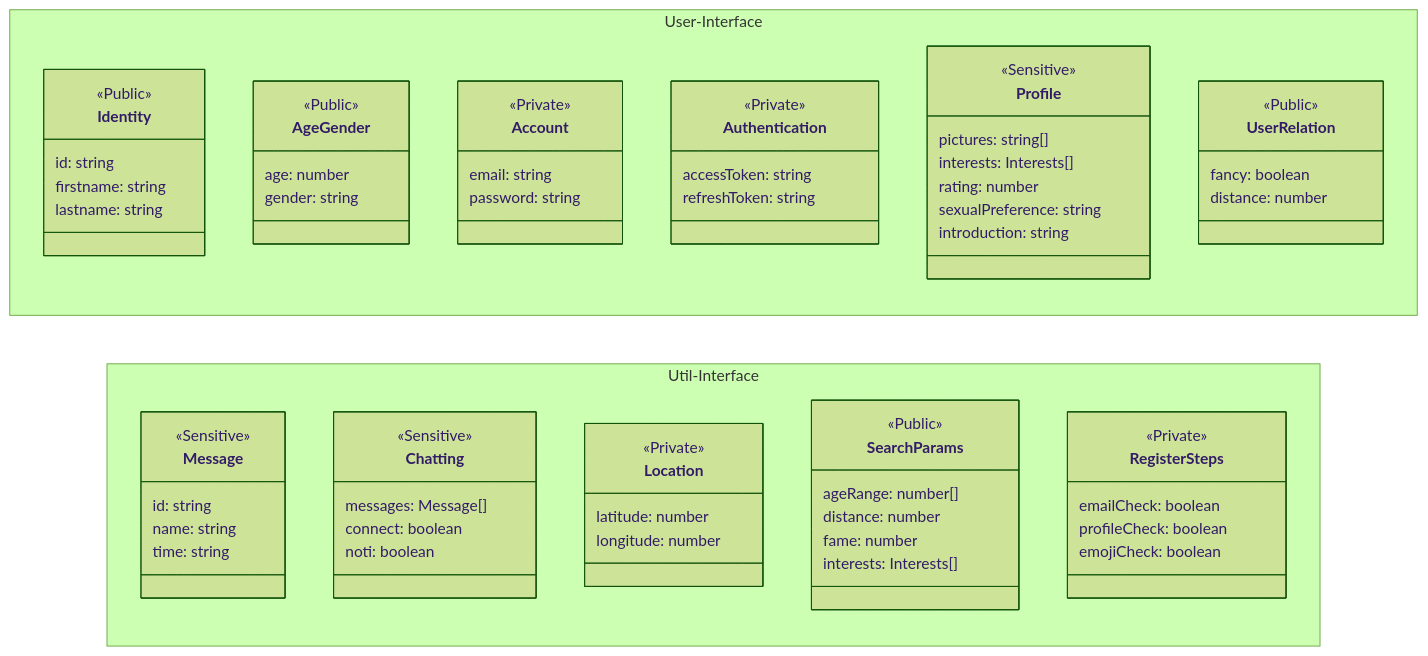
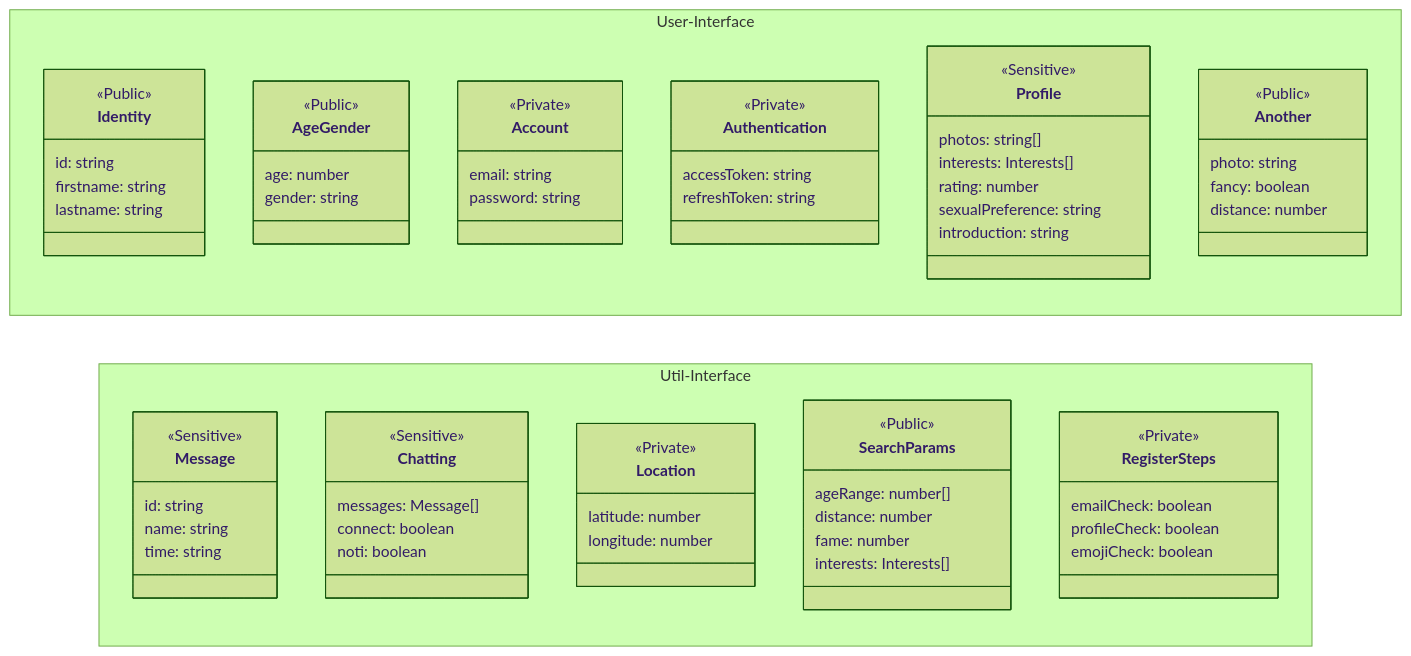
The first of 2 diagrams in app/redux/README.md (42Seoul-Tea42/frontend), drawn with Mermaid (forest theme) before and after one commit. The commit also changed other lines of this file and 3 other files, not shown here.

Commit message:
rename: userRelation -> another 다른 유저의 정보를 표현하는 인터페이스

```diff
--- a/app/redux/README.md
+++ b/app/redux/README.md
@@ -74,15 +74,16 @@
 
     class Profile {
         <<Sensitive>>
-        pictures: string[]
+        photos: string[]
         interests: Interests[]
         rating: number
         sexualPreference: string
         introduction: string
     }
 
-    class UserRelation {
+    class Another {
         <<Public>>
+        photo: string
         fancy: boolean
         distance: number
     }
```
